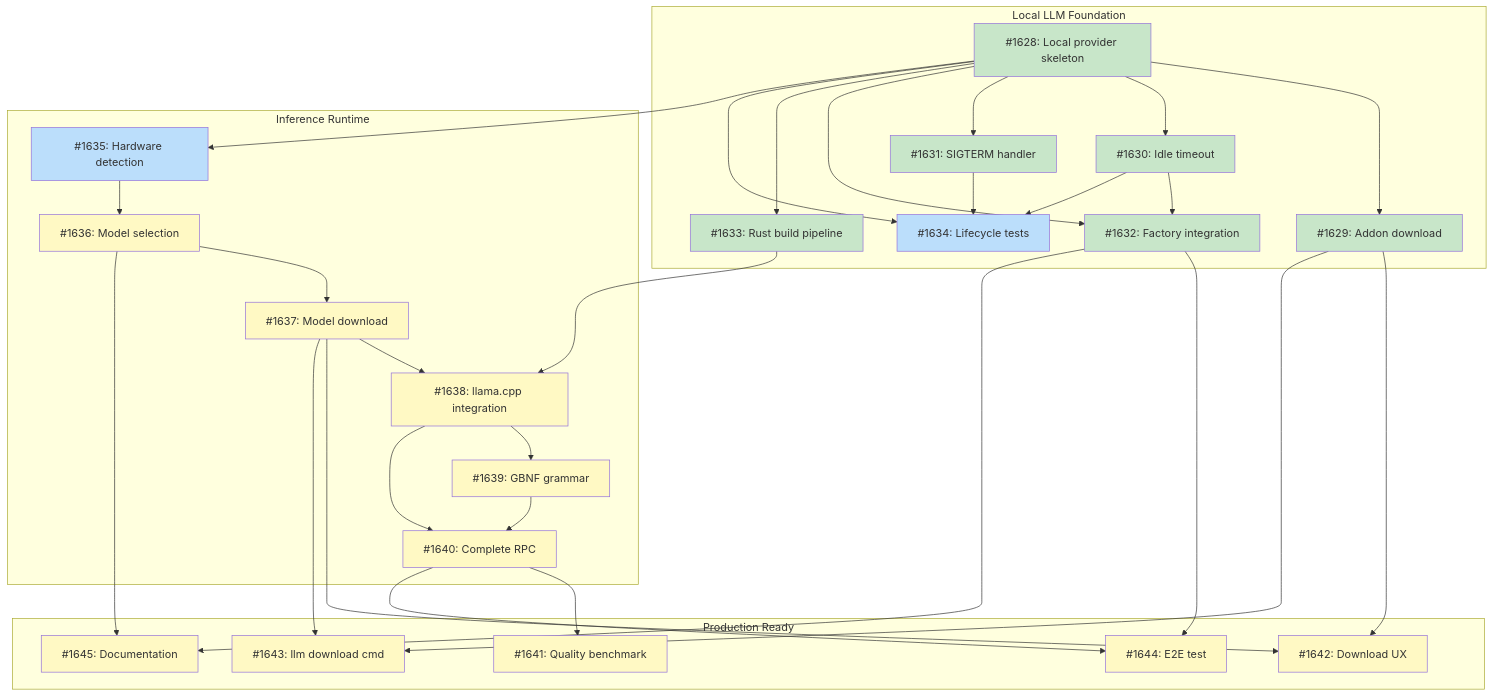
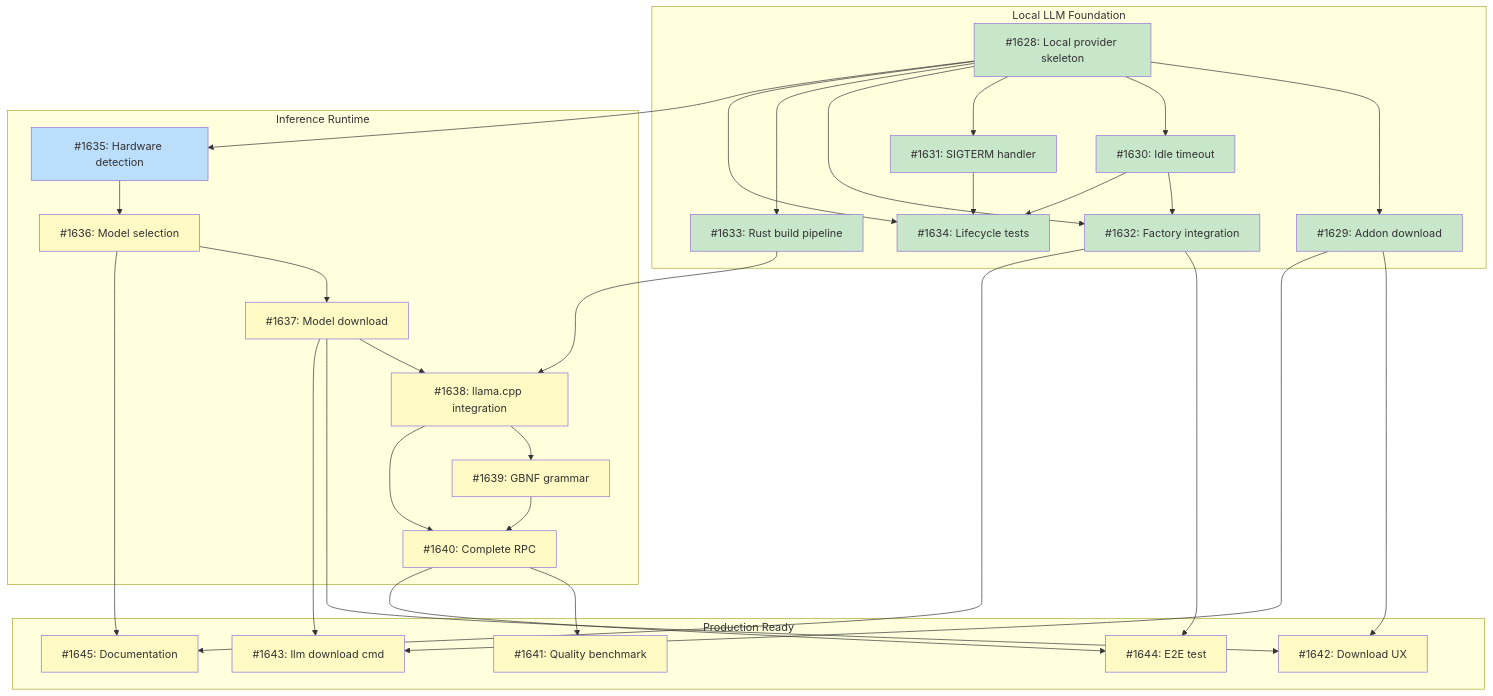
The diagram in docs/designs/DESIGN-local-llm-runtime.md (tsukumogami/tsuku), drawn with Mermaid before and after one commit. The commit also changed other lines of this file, not shown here.

Commit message:
docs: mark issue #1634 complete in design doc

````diff
--- a/docs/designs/DESIGN-local-llm-runtime.md
+++ b/docs/designs/DESIGN-local-llm-runtime.md
@@ -74,65 +74,65 @@
 ```mermaid
 graph TD
     subgraph M1["Local LLM Foundation"]
         I1628["#1628: Local provider skeleton"]
         I1629["#1629: Addon download"]
         I1630["#1630: Idle timeout"]
         I1631["#1631: SIGTERM handler"]
         I1632["#1632: Factory integration"]
         I1633["#1633: Rust build pipeline"]
         I1634["#1634: Lifecycle tests"]
     end
 
     subgraph M2["Inference Runtime"]
         I1635["#1635: Hardware detection"]
         I1636["#1636: Model selection"]
         I1637["#1637: Model download"]
         I1638["#1638: llama.cpp integration"]
         I1639["#1639: GBNF grammar"]
         I1640["#1640: Complete RPC"]
     end
 
     subgraph M3["Production Ready"]
         I1641["#1641: Quality benchmark"]
         I1642["#1642: Download UX"]
         I1643["#1643: llm download cmd"]
         I1644["#1644: E2E test"]
         I1645["#1645: Documentation"]
     end
 
     I1628 --> I1629
     I1628 --> I1630
     I1628 --> I1631
     I1628 --> I1632
     I1630 --> I1632
     I1628 --> I1633
     I1628 --> I1634
     I1630 --> I1634
     I1631 --> I1634
     I1628 --> I1635
     I1635 --> I1636
     I1636 --> I1637
     I1633 --> I1638
     I1637 --> I1638
     I1638 --> I1639
     I1638 --> I1640
     I1639 --> I1640
     I1640 --> I1641
     I1629 --> I1642
     I1637 --> I1642
     I1629 --> I1643
     I1637 --> I1643
     I1640 --> I1644
     I1632 --> I1644
     I1632 --> I1645
     I1636 --> I1645
 
     classDef done fill:#c8e6c9
     classDef ready fill:#bbdefb
     classDef blocked fill:#fff9c4
     classDef needsDesign fill:#e1bee7
 
-    class I1628,I1629,I1630,I1631,I1632,I1633 done
-    class I1634,I1635 ready
+    class I1628,I1629,I1630,I1631,I1632,I1633,I1634 done
+    class I1635 ready
     class I1636,I1637,I1638,I1639,I1640,I1641,I1642,I1643,I1644,I1645 blocked
 ```
````
